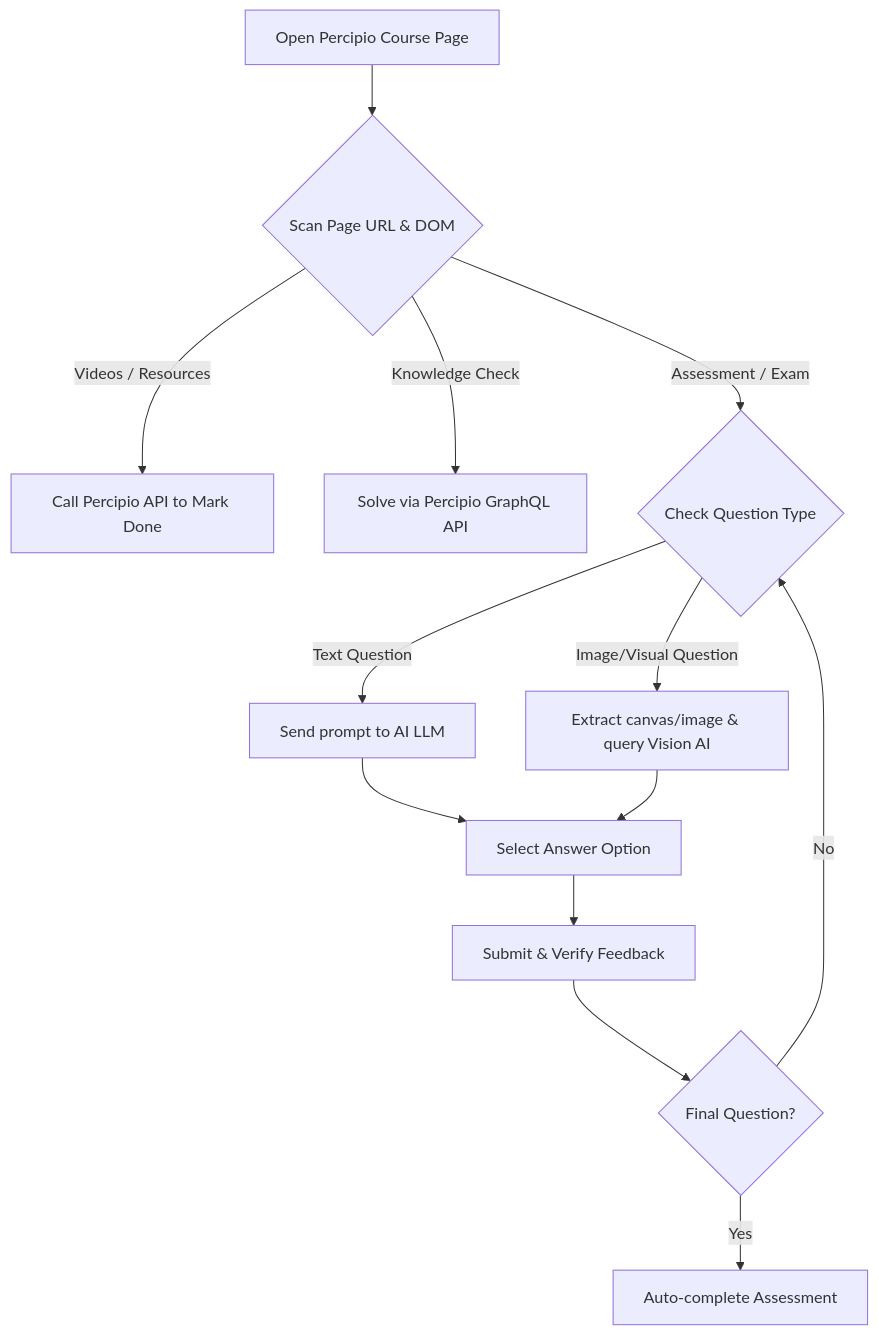
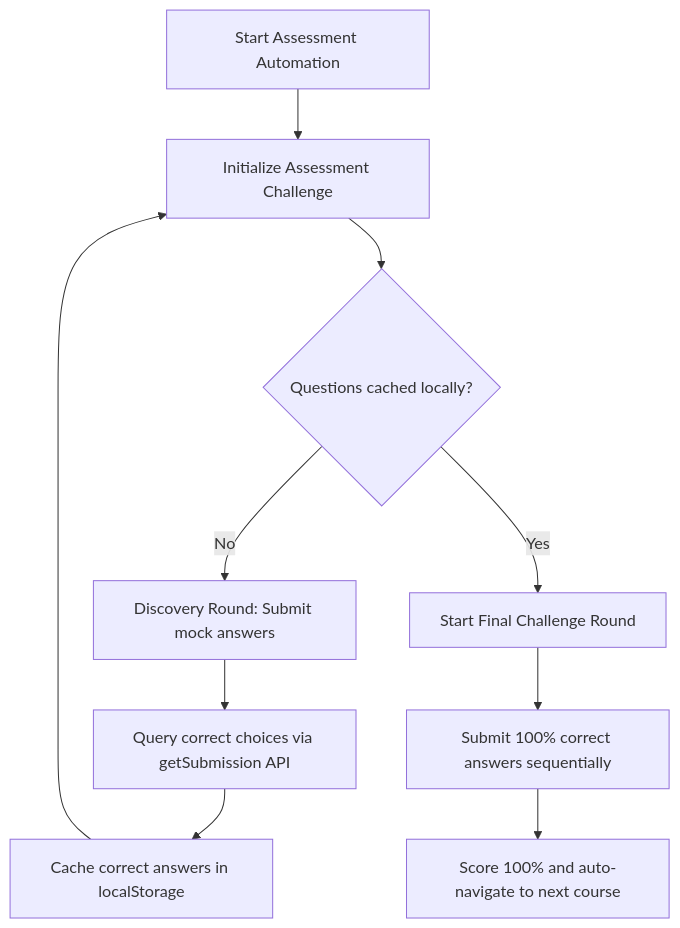
The diagram in README.md (np4abdou1/percipio-stonks), drawn with Mermaid before and after one commit. The commit also changed other lines of this file and 2 other files, not shown here.

````diff
--- a/README.md
+++ b/README.md
@@ -60,17 +61,12 @@
 ```mermaid
 flowchart TD
-    A[Open Percipio Course Page] --> B{Scan Page URL & DOM}
-    B -->|Videos / Resources| C[Call Percipio API to Mark Done]
-    B -->|Knowledge Check| D[Solve via Percipio GraphQL API]
-    B -->|Assessment / Exam| E{Check Question Type}
-    
-    E -->|Text Question| F[Send prompt to AI LLM]
-    E -->|Image/Visual Question| G[Extract canvas/image & query Vision AI]
-    
-    F --> H[Select Answer Option]
-    G --> H
-    H --> I[Submit & Verify Feedback]
-    I --> J{Final Question?}
-    J -->|No| E
-    J -->|Yes| K[Auto-complete Assessment]
+    A[Start Assessment Automation] --> B[Initialize Assessment Challenge]
+    B --> C{Questions cached locally?}
+    C -->|No| D[Discovery Round: Submit mock answers]
+    D --> E[Query correct choices via getSubmission API]
+    E --> F[Cache correct answers in localStorage]
+    F --> B
+    C -->|Yes| G[Start Final Challenge Round]
+    G --> H[Submit 100% correct answers sequentially]
+    H --> I[Score 100% and auto-navigate to next course]
 ```
````
